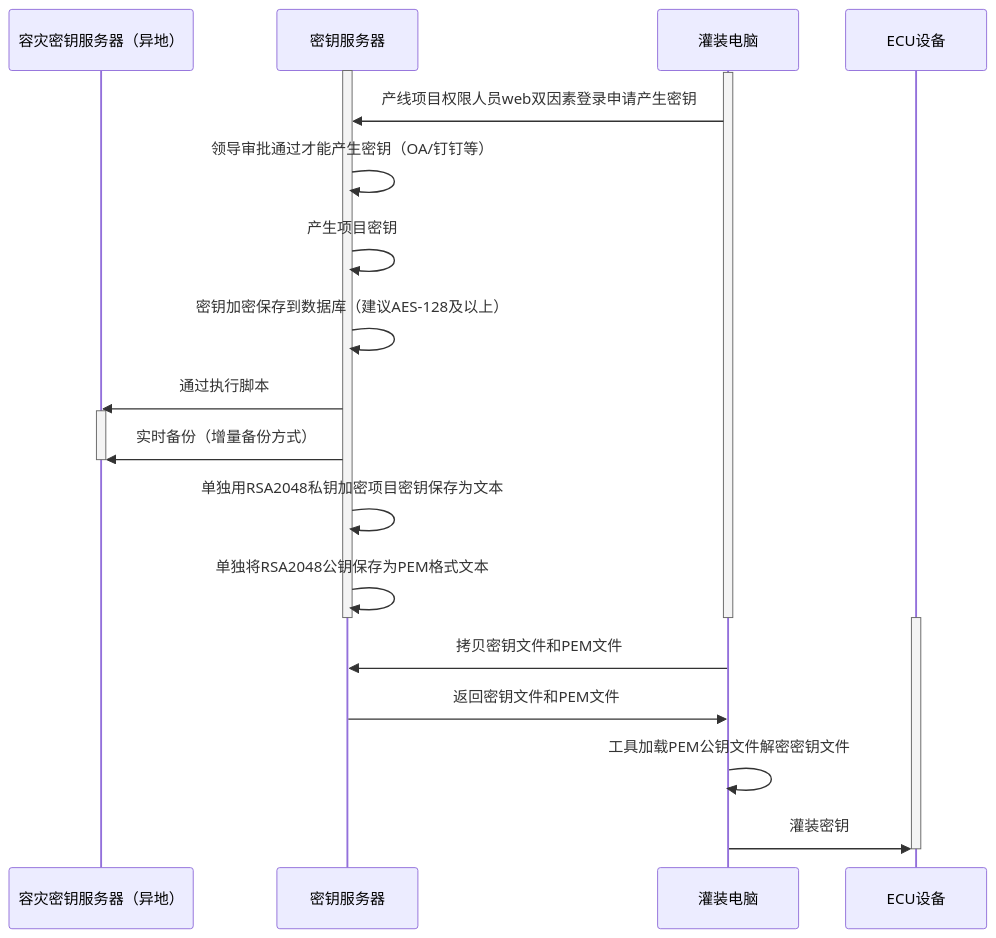
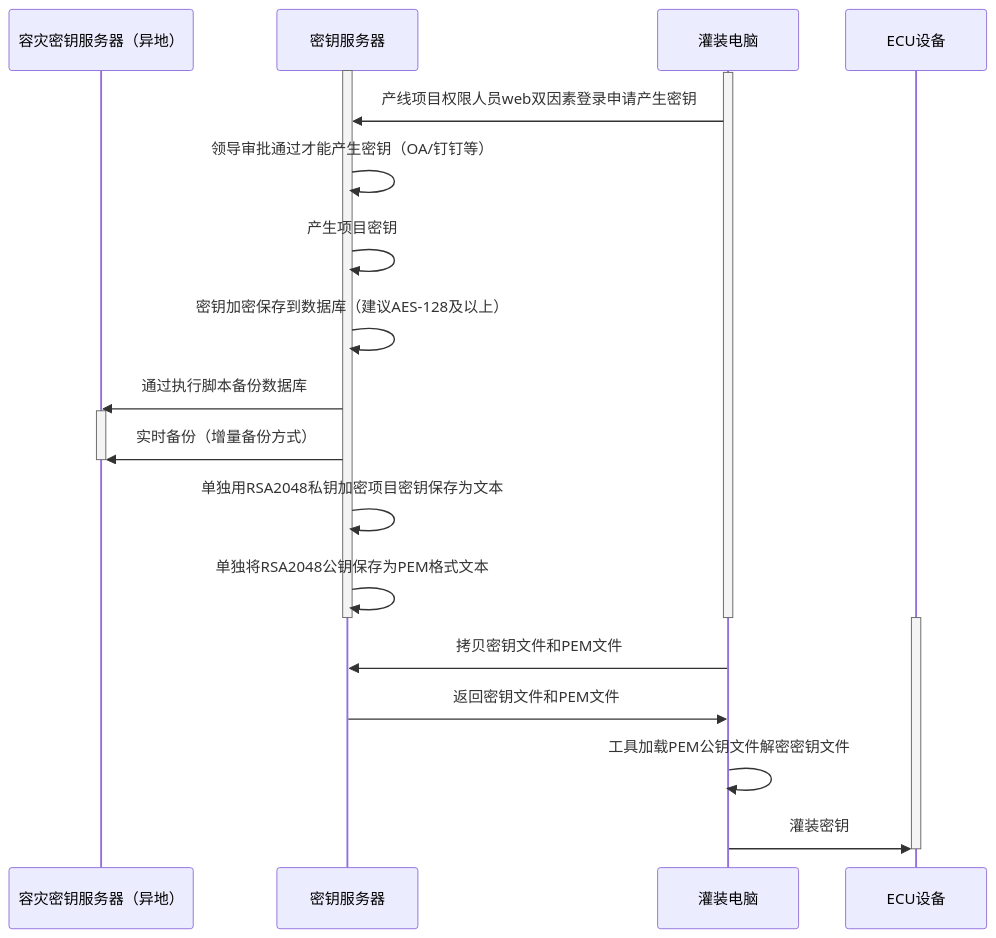
One commit to facebook-cloud/iodraw-files changed the diagram in all/未命名-15.md. Above: the diagram before and after it, drawn with Mermaid.

Commit message:
2026-02-11 19:31:58 update

````diff
--- a/all/未命名-15.md
+++ b/all/未命名-15.md
@@ -1,31 +1,31 @@
 ```mermaid
 sequenceDiagram
     participant A as 容灾密钥服务器（异地）
     participant B as 密钥服务器
     participant D as 灌装电脑
     participant E as ECU设备
 
     activate B
     activate D
     D->>B: 产线项目权限人员web双因素登录申请产生密钥
     B->>B: 领导审批通过才能产生密钥（OA/钉钉等）
     B->>B: 产生项目密钥
     B->>B: 密钥加密保存到数据库（建议AES-128及以上）
-    B->>A: 通过执行脚本
+    B->>A: 通过执行脚本备份数据库
 
     activate A
     B->>A: 实时备份（增量备份方式）
     deactivate A
     B->>B: 单独用RSA2048私钥加密项目密钥保存为文本
     B->>B: 单独将RSA2048公钥保存为PEM格式文本
     deactivate B
     deactivate D
 
     activate E
     D->>B: 拷贝密钥文件和PEM文件
     B->>D: 返回密钥文件和PEM文件
     D->>D:工具加载PEM公钥文件解密密钥文件
     D->>E: 灌装密钥
     deactivate E
 
 ```
````
